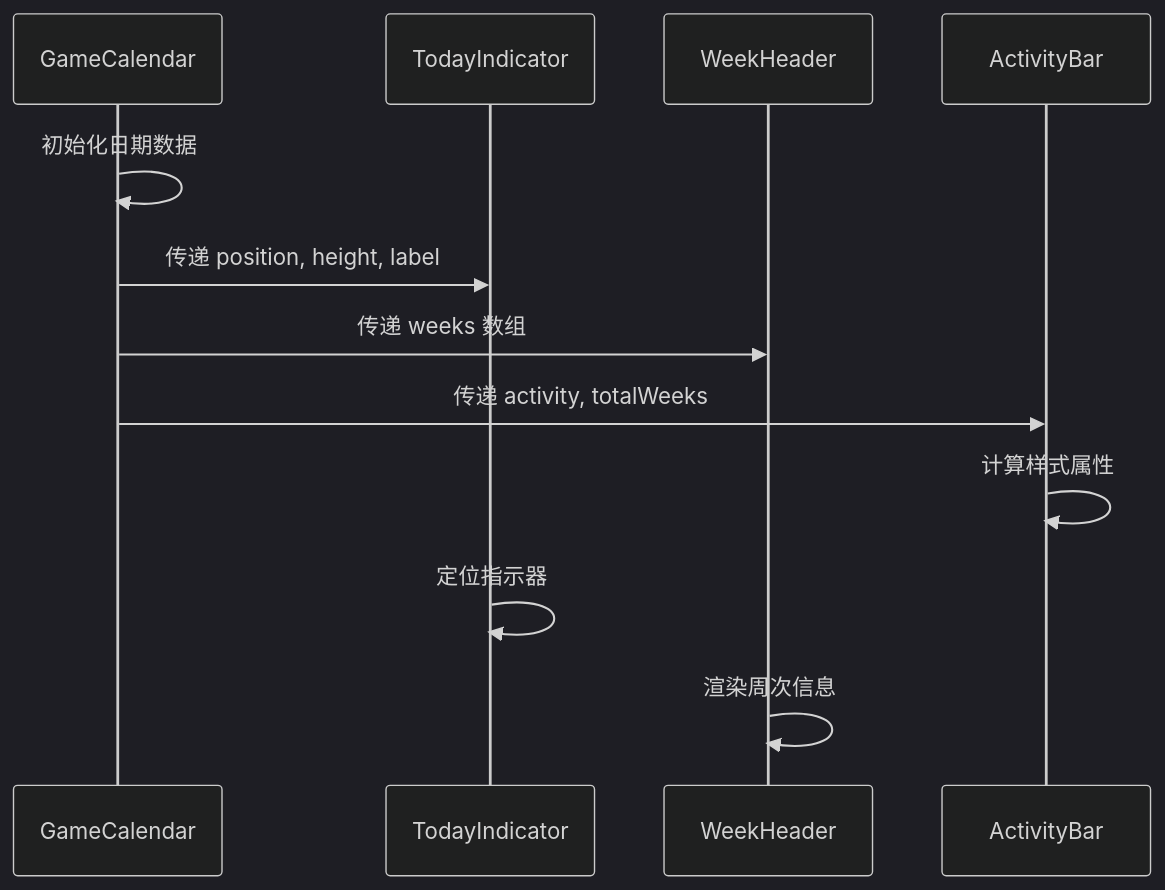
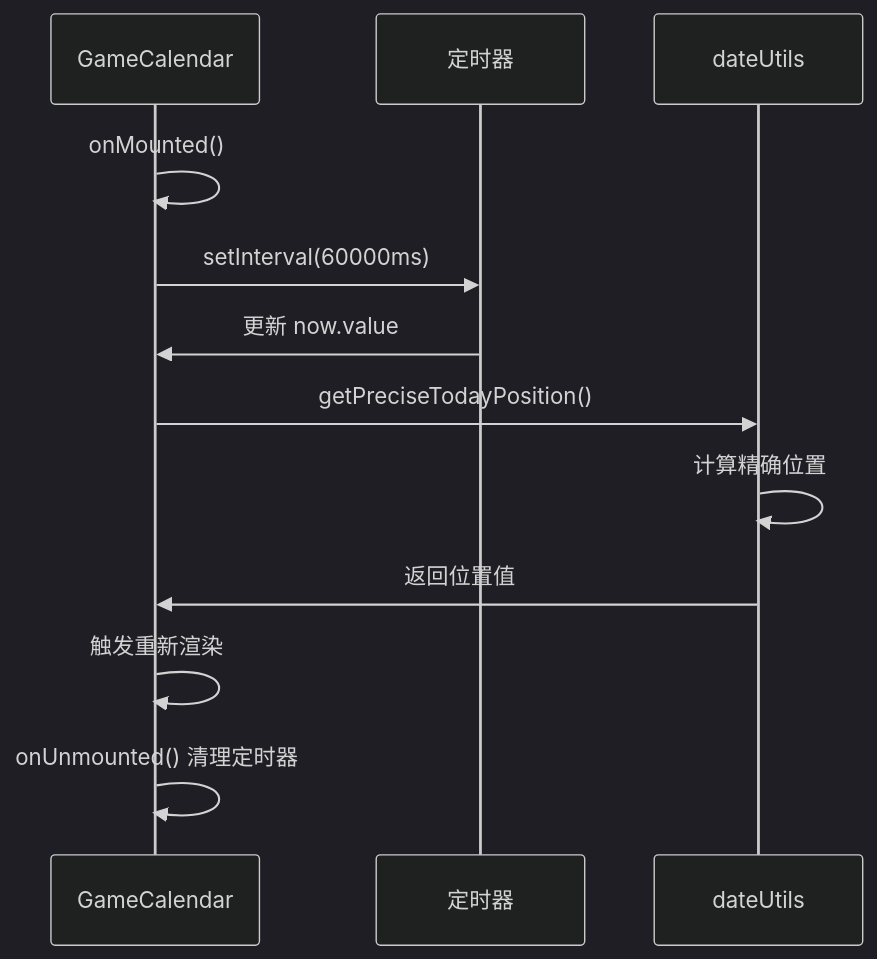
One commit to xuanyulingnfeg/gameCalendar changed the seventh of 10 diagrams in .qoder/repowiki/zh/content/核心组件/GameCalendar 主容器组件.md. Above: the diagram before and after it, drawn with Mermaid (dark theme). The commit also changed other lines of this file and 5 other files, not shown here.

````diff
--- a/.qoder/repowiki/zh/content/核心组件/GameCalendar 主容器组件.md
+++ b/.qoder/repowiki/zh/content/核心组件/GameCalendar 主容器组件.md
@@ -356,14 +316,14 @@
 ```mermaid
 sequenceDiagram
 participant GC as GameCalendar
-participant TI as TodayIndicator
-participant WH as WeekHeader
-participant AB as ActivityBar
-GC->>GC : 初始化日期数据
-GC->>TI : 传递 position, height, label
-GC->>WH : 传递 weeks 数组
-GC->>AB : 传递 activity, totalWeeks
-AB->>AB : 计算样式属性
-TI->>TI : 定位指示器
-WH->>WH : 渲染周次信息
+participant Timer as 定时器
+participant DU as dateUtils
+GC->>GC : onMounted()
+GC->>Timer : setInterval(60000ms)
+Timer->>GC : 更新 now.value
+GC->>DU : getPreciseTodayPosition()
+DU->>DU : 计算精确位置
+DU->>GC : 返回位置值
+GC->>GC : 触发重新渲染
+GC->>GC : onUnmounted() 清理定时器
 ```
````
